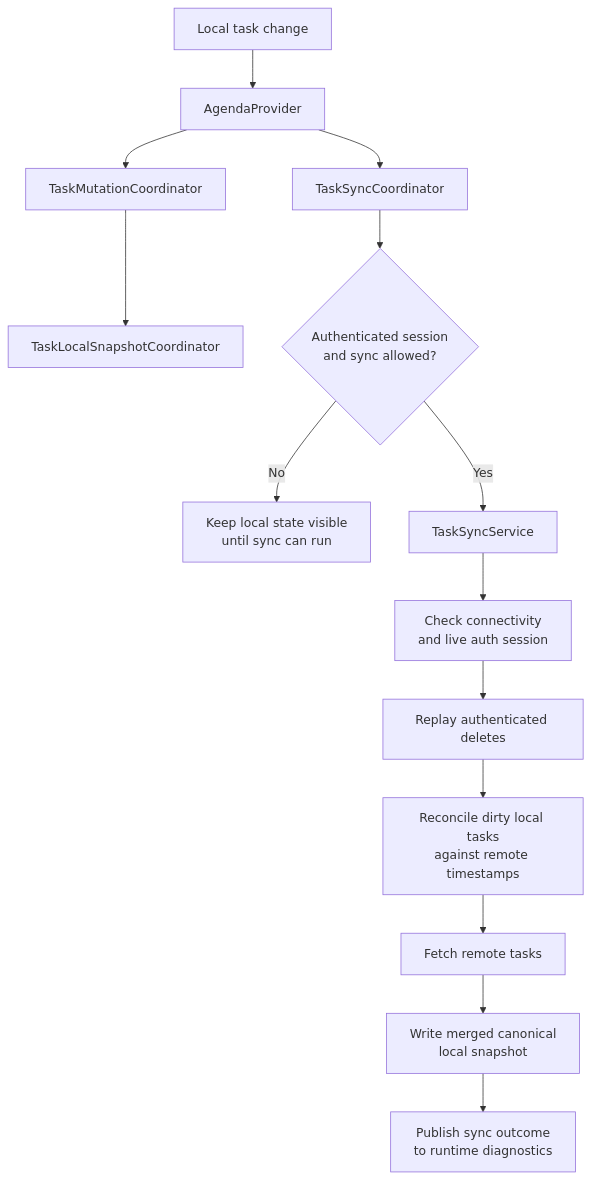
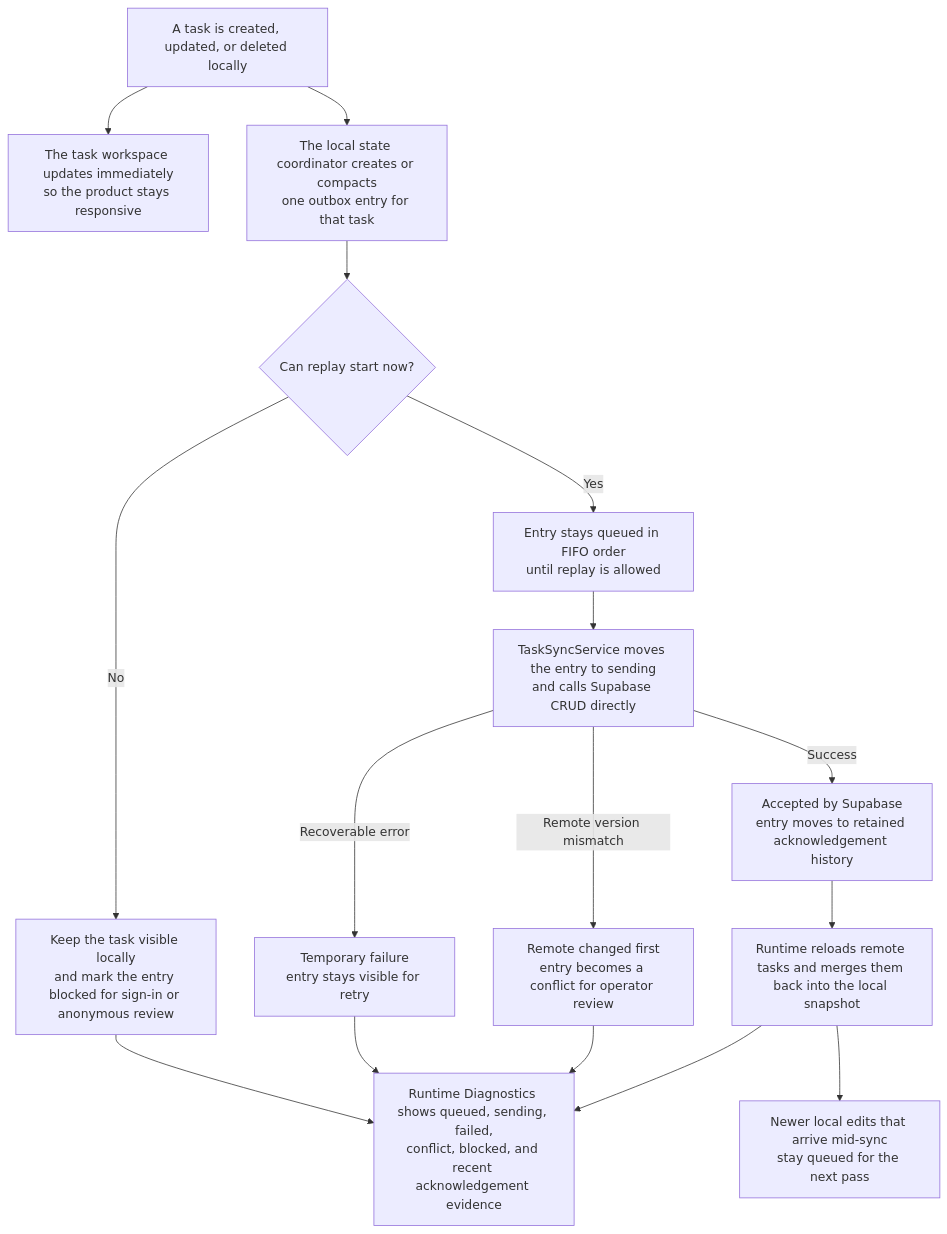
Before and after one commit to eliasfeijo/saas-reliability-lab: the fourth of 7 diagrams in docs/ARCHITECTURE.md, drawn with Mermaid. The commit also changed other lines of this file, not shown here.

Commit message:
docs: clarify outbox sync architecture

````diff
--- a/docs/ARCHITECTURE.md
+++ b/docs/ARCHITECTURE.md
@@ -496,31 +503,32 @@
 ```mermaid
 flowchart TD
-    LocalChange["Local task change"]
-    Agenda["AgendaProvider"]
-    Mutation["TaskMutationCoordinator"]
-    Persist["TaskLocalSnapshotCoordinator"]
-    SyncCoord["TaskSyncCoordinator"]
-    SyncGate{"Authenticated session<br/>and sync allowed?"}
-    Wait["Keep local state visible<br/>until sync can run"]
-    Sync["TaskSyncService"]
-    Checks["Check connectivity<br/>and live auth session"]
-    DeleteReplay["Replay authenticated deletes"]
-    Reconcile["Reconcile dirty local tasks<br/>against remote timestamps"]
-    Fetch["Fetch remote tasks"]
-    Merge["Write merged canonical<br/>local snapshot"]
-    Outcome["Publish sync outcome<br/>to runtime diagnostics"]
+    TaskMutation["A task is created, updated, or deleted locally"]
+    Projection["The task workspace updates immediately<br/>so the product stays responsive"]
+    OutboxEntry["The local state coordinator creates or compacts<br/>one outbox entry for that task"]
+    Gate{"Can replay start now?"}
+    Blocked["Keep the task visible locally<br/>and mark the entry blocked for sign-in or anonymous review"]
+    Queue["Entry stays queued in FIFO order<br/>until replay is allowed"]
+    Sending["TaskSyncService moves the entry to sending<br/>and calls Supabase CRUD directly"]
+    Ack["Accepted by Supabase<br/>entry moves to retained acknowledgement history"]
+    Failed["Temporary failure<br/>entry stays visible for retry"]
+    Conflict["Remote changed first<br/>entry becomes a conflict for operator review"]
+    Merge["Runtime reloads remote tasks and merges them back into the local snapshot"]
+    FollowUp["Newer local edits that arrive mid-sync<br/>stay queued for the next pass"]
+    Evidence["Runtime Diagnostics shows queued, sending, failed,<br/>conflict, blocked, and recent acknowledgement evidence"]
 
-    LocalChange --> Agenda
-    Agenda --> Mutation
-    Mutation --> Persist
-    Agenda --> SyncCoord
-    SyncCoord --> SyncGate
-    SyncGate -->|No| Wait
-    SyncGate -->|Yes| Sync
-    Sync --> Checks
-    Checks --> DeleteReplay
-    DeleteReplay --> Reconcile
-    Reconcile --> Fetch
-    Fetch --> Merge
-    Merge --> Outcome
+    TaskMutation --> Projection
+    TaskMutation --> OutboxEntry
+    OutboxEntry --> Gate
+    Gate -->|No| Blocked
+    Blocked --> Evidence
+    Gate -->|Yes| Queue
+    Queue --> Sending
+    Sending -->|Success| Ack
+    Sending -->|Recoverable error| Failed
+    Sending -->|Remote version mismatch| Conflict
+    Ack --> Merge
+    Failed --> Evidence
+    Conflict --> Evidence
+    Merge --> FollowUp
+    Merge --> Evidence
 ```
````
